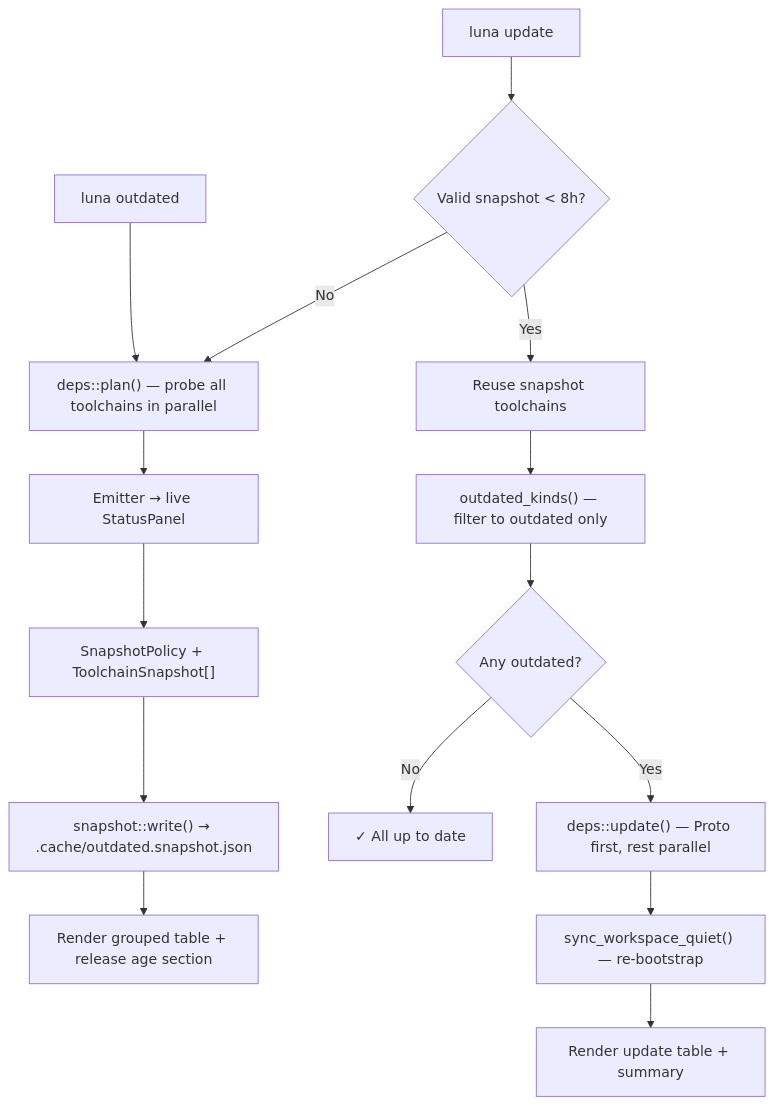
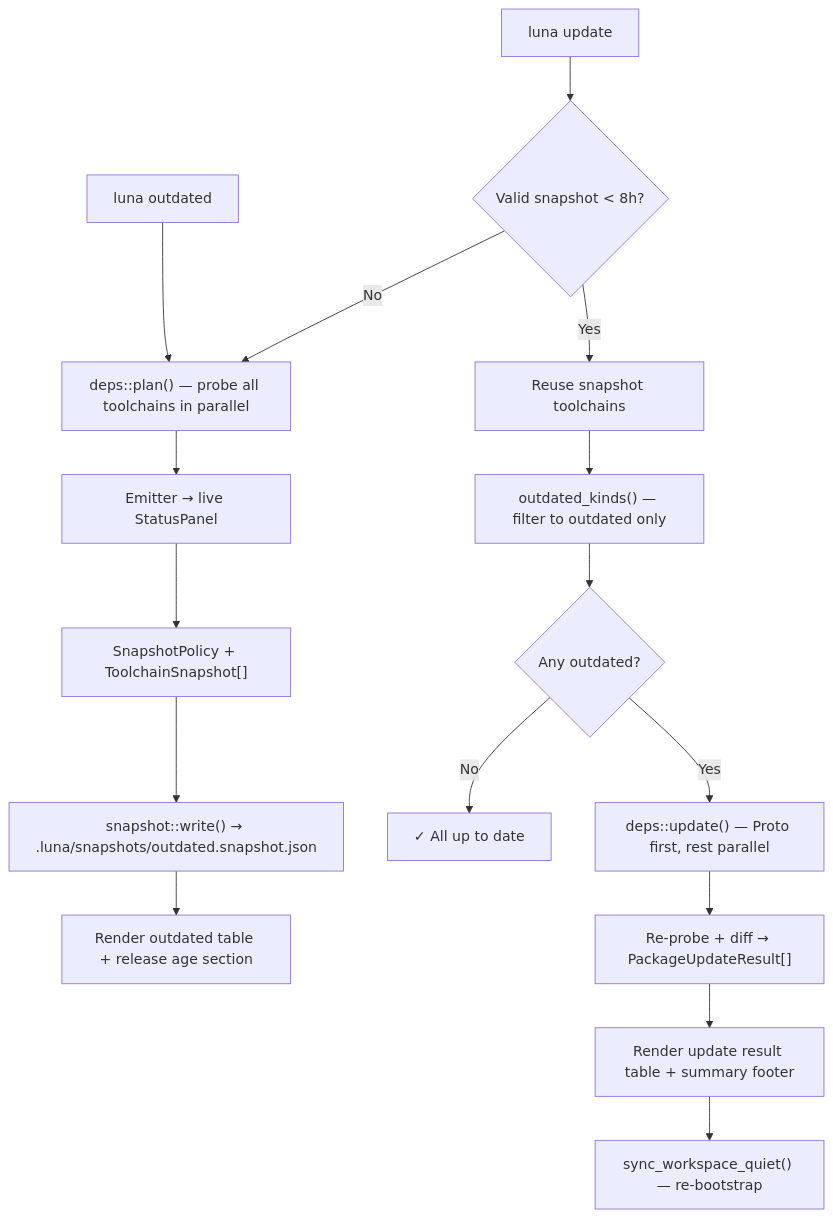
The second of 3 diagrams in packages/cli/README.md (luckgrid/luna), drawn with Mermaid before and after one commit. The commit also changed other lines of this file and 17 other files, not shown here.

````diff
--- a/packages/cli/README.md
+++ b/packages/cli/README.md
@@ -161,18 +205,19 @@
 ```mermaid
 flowchart TD
     A["luna outdated"] --> B["deps::plan() — probe all toolchains in parallel"]
     B --> C["Emitter → live StatusPanel"]
     C --> D["SnapshotPolicy + ToolchainSnapshot[]"]
-    D --> E["snapshot::write() → .cache/outdated.snapshot.json"]
-    E --> F["Render grouped table + release age section"]
+    D --> E["snapshot::write() → .luna/snapshots/outdated.snapshot.json"]
+    E --> F["Render outdated table + release age section"]
 
     G["luna update"] --> H{"Valid snapshot < 8h?"}
     H -->|Yes| I["Reuse snapshot toolchains"]
     H -->|No| B
     I --> J["outdated_kinds() — filter to outdated only"]
     J --> K{"Any outdated?"}
     K -->|No| L["✓ All up to date"]
     K -->|Yes| M["deps::update() — Proto first, rest parallel"]
-    M --> N["sync_workspace_quiet() — re-bootstrap"]
-    N --> O["Render update table + summary"]
+    M --> N["Re-probe + diff → PackageUpdateResult[]"]
+    N --> O["Render update result table + summary footer"]
+    O --> P["sync_workspace_quiet() — re-bootstrap"]
 ```
````
